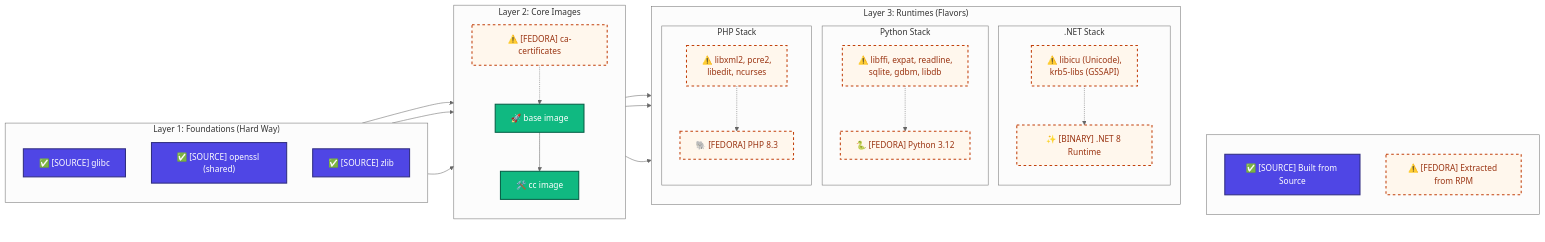
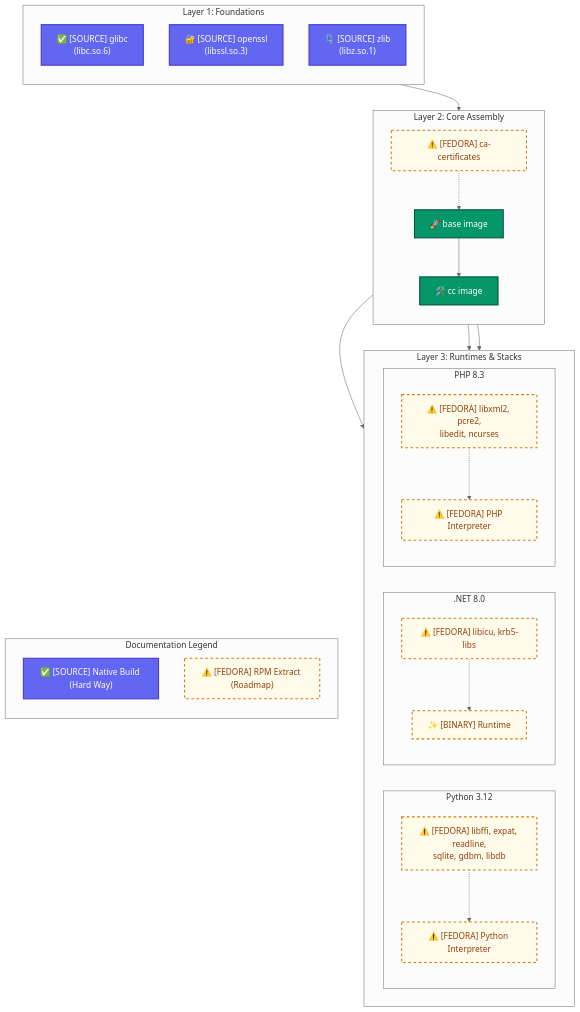
One commit to mbuccarello/distroless-the-hard-way changed the diagram in docs/mermaid/lib-hierarchy.mmd. Above: the diagram before and after it, drawn with Mermaid (neutral theme). The commit also changed 1 other file, not shown here.

Commit message:
docs: modernize library hierarchy aesthetics and fix layout (v74)

```diff
--- a/docs/mermaid/lib-hierarchy.mmd
+++ b/docs/mermaid/lib-hierarchy.mmd
@@ -1,76 +1,73 @@
-graph LR
-    %% Global Styles
-    classDef source fill:#4f46e5,stroke:#312e81,color:#fff,stroke-width:2px;
-    classDef fedora fill:#fff7ed,stroke:#c2410c,color:#9a3412,stroke-width:2px,stroke-dasharray: 5 5;
-    classDef image fill:#10b981,stroke:#065f46,color:#fff,stroke-width:2px;
-    classDef legend fill:#fff,stroke:#333;
+graph TB
+    %% Modern Design System
+    classDef source fill:#6366f1,stroke:#4338ca,color:#fff,stroke-width:2px;
+    classDef fedora fill:#fffbeb,stroke:#d97706,color:#92400e,stroke-width:2px,stroke-dasharray: 5 5;
+    classDef image fill:#059669,stroke:#064e3b,color:#fff,stroke-width:2px;
+    classDef legend fill:#f8fafc,stroke:#cbd5e1,color:#1e293b;
 
-    %% Layout Structure
-    subgraph Legend ["&nbsp;"]
+    %% Legend Section (Top Right Position)
+    subgraph Legend ["&nbsp; Documentation Legend &nbsp;"]
         direction TB
-        l1["✅ [SOURCE] Built from Source"]
-        l2["⚠️ [FEDORA] Extracted from RPM"]
+        l1["✅ [SOURCE] Native Build (Hard Way)"]
+        l2["⚠️ [FEDORA] RPM Extract (Roadmap)"]
     end
     class Legend legend;
     class l1 source;
     class l2 fedora;
 
-    %% Main Hierarchy
-    subgraph Foundations ["Layer 1: Foundations (Hard Way)"]
+    %% Foundations
+    subgraph L1 ["Layer 1: Foundations"]
         direction TB
-        glibc["✅ [SOURCE] glibc"]
-        openssl["✅ [SOURCE] openssl (shared)"]
-        zlib["✅ [SOURCE] zlib"]
+        glibc["✅ [SOURCE] glibc<br/>(libc.so.6)"]
+        openssl["🔐 [SOURCE] openssl<br/>(libssl.so.3)"]
+        zlib["🗜️ [SOURCE] zlib<br/>(libz.so.1)"]
     end
 
-    subgraph Base ["Layer 2: Core Images"]
+    %% Assembly
+    subgraph L2 ["Layer 2: Core Assembly"]
         direction TB
         base["🚀 base image"]
         cc["🛠️ cc image"]
         cacert["⚠️ [FEDORA] ca-certificates"]
         
         base --> cc
         cacert -.-> base
     end
 
-    subgraph Runtimes ["Layer 3: Runtimes (Flavors)"]
-        direction TB
+    %% Runtimes
+    subgraph L3 ["Layer 3: Runtimes & Stacks"]
+        direction LR
         
-        subgraph Python ["Python Stack"]
-            python["🐍 [FEDORA] Python 3.12"]
-            py_libs["⚠️ libffi, expat, readline,<br/>sqlite, gdbm, libdb"]
-            py_libs -.-> python
+        subgraph Python ["Python 3.12"]
+            py_bin["⚠️ [FEDORA] Python Interpreter"]
+            py_libs["⚠️ [FEDORA] libffi, expat, readline,<br/>sqlite, gdbm, libdb"]
+            py_libs -.-> py_bin
         end
 
-        subgraph Dotnet [".NET Stack"]
-            dotnet["✨ [BINARY] .NET 8 Runtime"]
-            dotnet_libs["⚠️ libicu (Unicode),<br/>krb5-libs (GSSAPI)"]
-            dotnet_libs -.-> dotnet
+        subgraph Dotnet [".NET 8.0"]
+            dotnet_bin["✨ [BINARY] Runtime"]
+            dotnet_libs["⚠️ [FEDORA] libicu, krb5-libs"]
+            dotnet_libs -.-> dotnet_bin
         end
 
-        subgraph PHP ["PHP Stack"]
-            php["🐘 [FEDORA] PHP 8.3"]
-            php_libs["⚠️ libxml2, pcre2,<br/>libedit, ncurses"]
-            php_libs -.-> php
+        subgraph PHP ["PHP 8.3"]
+            php_bin["⚠️ [FEDORA] PHP Interpreter"]
+            php_libs["⚠️ [FEDORA] libxml2, pcre2,<br/>libedit, ncurses"]
+            php_libs -.-> php_bin
         end
     end
 
-    %% Connections
-    glibc --> base
-    openssl --> base
-    zlib --> base
-    
-    cc --> python
-    cc --> dotnet
-    cc --> php
+    %% Global Connections
+    L1 --> base
+    cc --> Python
+    cc --> Dotnet
+    cc --> PHP
 
     %% Applying Classes
-    class glibc,openssl,zlib source;
-    class libcpp,libgcc source;
-    class cacert,python,dotnet,php,py_libs,dotnet_libs,php_libs fedora;
+    class glibc,openssl,zlib,libcpp,libgcc source;
+    class cacert,py_bin,py_libs,dotnet_bin,dotnet_libs,php_bin,php_libs fedora;
     class base,cc image;
 
-    %% Invisible alignment to push legend to the right
-    Foundations ~~~ Legend
-    Base ~~~ Legend
-    Runtimes ~~~ Legend
+    %% Layout spacing
+    L1 ~~~ Legend
+    L2 ~~~ Legend
```
